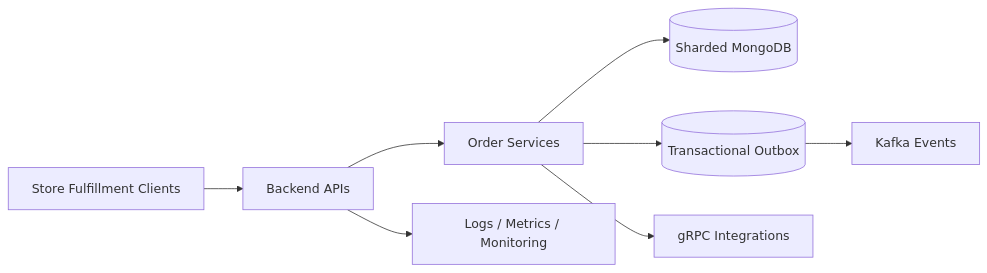
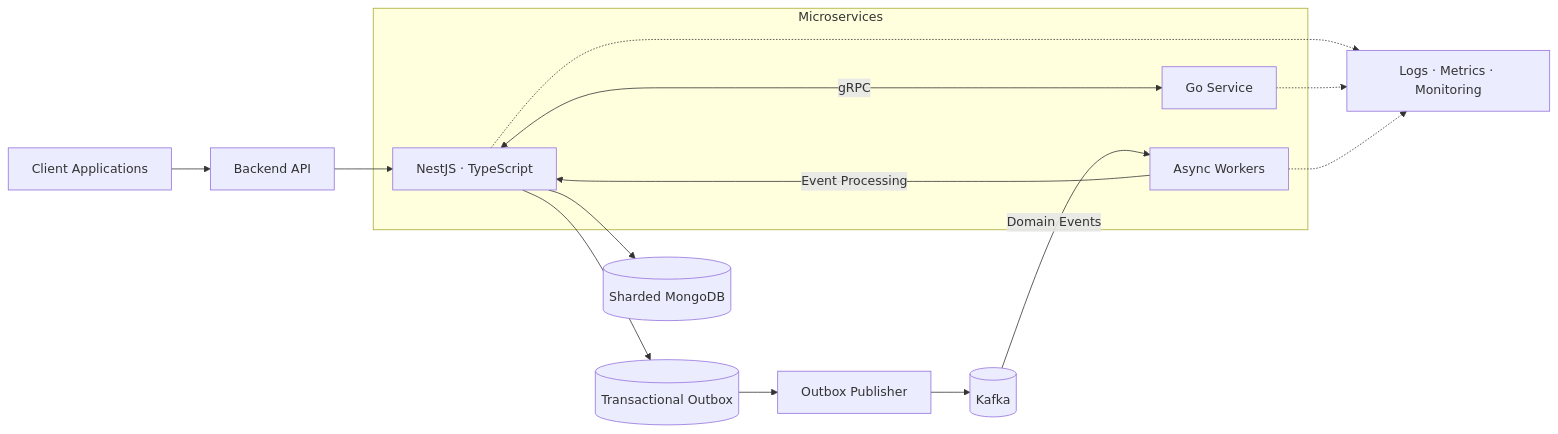
Before and after one commit to vadimoarturo/vadimoarturo: the diagram in case-studies/retail-fulfillment.md, drawn with Mermaid. The commit also changed other lines of this file, not shown here.

Commit message:
Document NestJS and Go microservices with gRPC, Kafka and transactional outbox

````diff
--- a/case-studies/retail-fulfillment.md
+++ b/case-studies/retail-fulfillment.md
@@ -34,10 +34,23 @@
 ```mermaid
 flowchart LR
-    Client[Store Fulfillment Clients] --> API[Backend APIs]
-    API --> Domain[Order Services]
-    Domain --> Data[(Sharded MongoDB)]
-    Domain --> Outbox[(Transactional Outbox)]
-    Outbox --> Kafka[Kafka Events]
-    Domain --> RPC[gRPC Integrations]
-    API --> Observability[Logs / Metrics / Monitoring]
+    Client["Client Applications"] --> Gateway["Backend API"]
+
+    subgraph Microservices["Microservices"]
+        Nest["NestJS · TypeScript"]
+        Go["Go Service"]
+        Worker["Async Workers"]
+    end
+
+    Gateway --> Nest
+    Nest <-->|"gRPC"| Go
+    Nest --> Mongo[("Sharded MongoDB")]
+    Nest --> Outbox[("Transactional Outbox")]
+    Outbox --> Publisher["Outbox Publisher"]
+    Publisher --> Kafka[("Kafka")]
+    Kafka -->|"Domain Events"| Worker
+    Worker -->|"Event Processing"| Nest
+
+    Nest -.-> Observability["Logs · Metrics · Monitoring"]
+    Go -.-> Observability
+    Worker -.-> Observability
 ```
````
